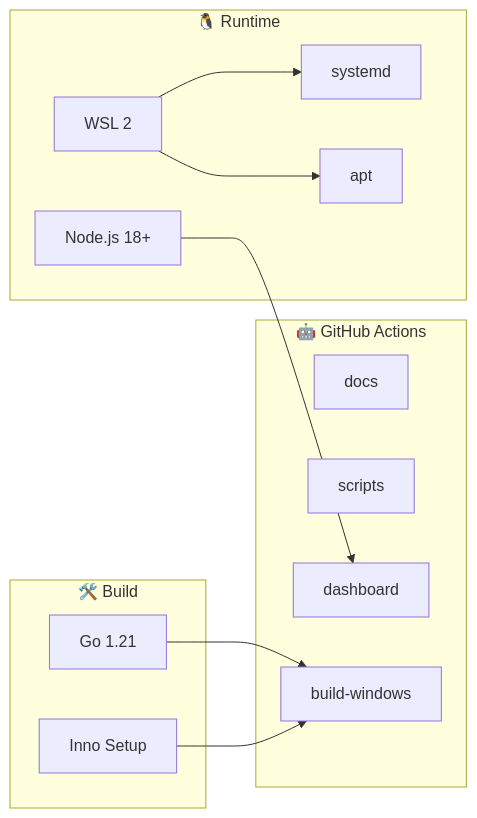
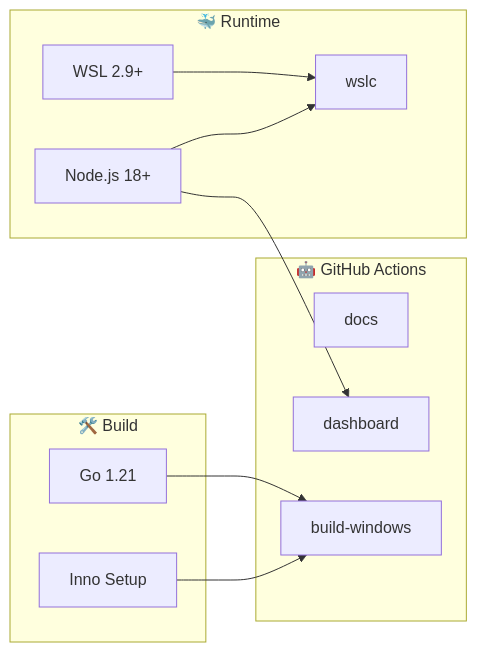
One commit to vladimiracunadev-create/wsl-labs changed the diagram in docs/TOOLING.md. Above: the diagram before and after it, drawn with Mermaid. The commit also changed other lines of this file and 90 other files, not shown here.

````diff
--- a/docs/TOOLING.md
+++ b/docs/TOOLING.md
@@ -11,24 +11,22 @@
 ```mermaid
 graph LR
-    subgraph Runtime["🐧 Runtime"]
-        WSL["WSL 2"]
-        Systemd["systemd"]
-        Apt["apt"]
+    subgraph Runtime["🐳 Runtime"]
+        WSL["WSL 2.9+"]
+        WSLC["wslc"]
         Node["Node.js 18+"]
     end
     subgraph Build["🛠️ Build"]
         Go["Go 1.21"]
         Inno["Inno Setup"]
     end
     subgraph CI["🤖 GitHub Actions"]
         Docs["docs"]
-        Scripts["scripts"]
         Dashboard["dashboard"]
         BuildWin["build-windows"]
     end
     Go --> BuildWin
     Inno --> BuildWin
     Node --> Dashboard
-    WSL --> Systemd
-    WSL --> Apt
+    WSL --> WSLC
+    Node --> WSLC
 ```
````
